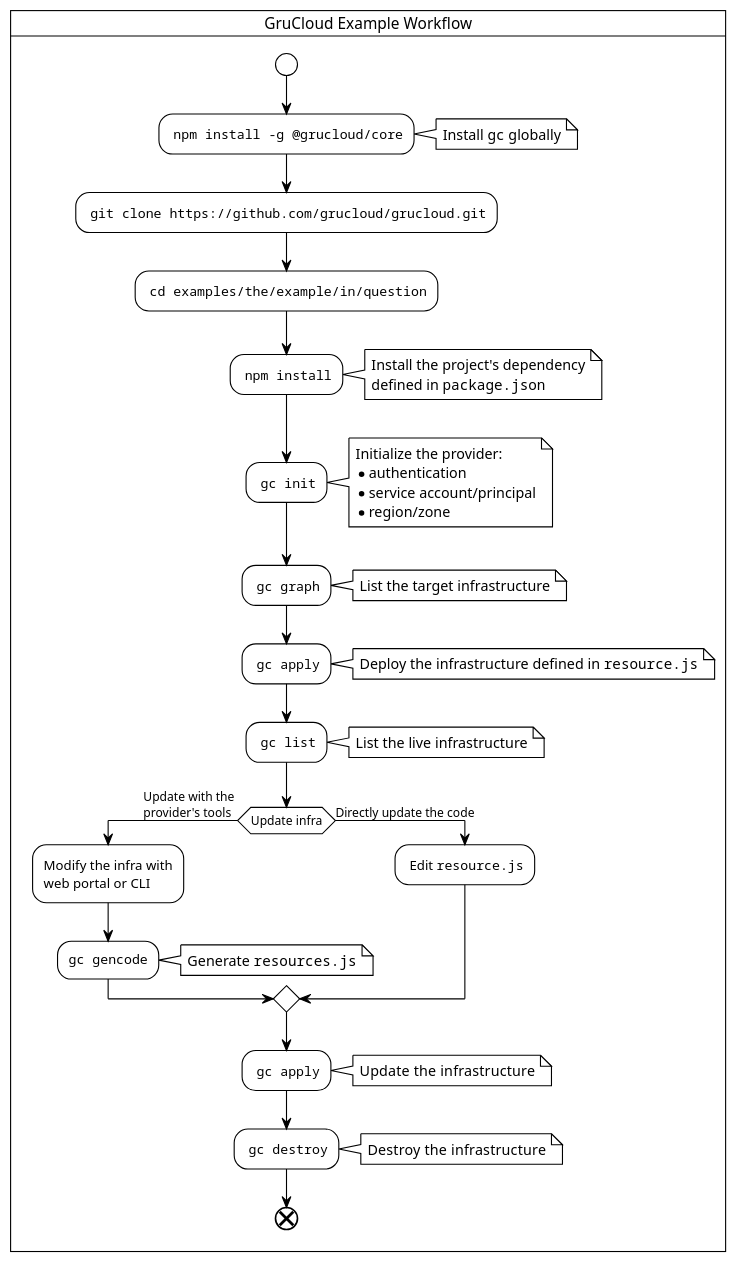
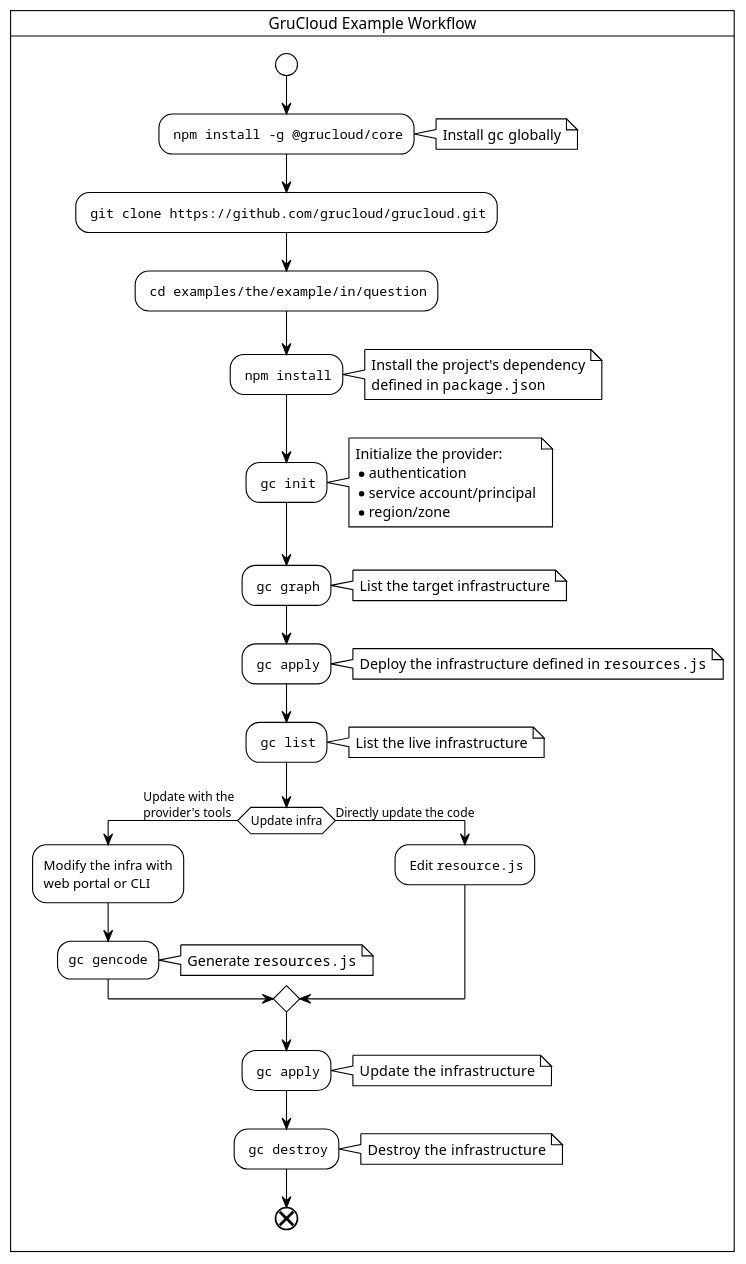
The diagram in docusaurus/plantuml/gc-example-workflow.puml (grucloud/grucloud), drawn with PlantUML before and after one commit. The commit also changed 5 other files, not shown here.

```diff
--- a/docusaurus/plantuml/gc-example-workflow.puml
+++ b/docusaurus/plantuml/gc-example-workflow.puml
@@ -1,62 +1,62 @@
 @startuml gc-example-workflow
 !theme plain
 
 skinparam svgLinkTarget _blank
 
 card "GruCloud Example Workflow" {
 start
 : ""npm install -g @grucloud/core"";
 note right
 Install ""gc"" globally
 end note 
 
 : ""git clone https://github.com/grucloud/grucloud.git"";
 : ""cd examples/the/example/in/question"";
 : ""npm install"";
 note right
 Install the project's dependency
 defined in ""package.json""
 end note 
 
 : ""gc init"";
 note right
 Initialize the provider:
 * authentication
 * service account/principal
 * region/zone
 end note 
 
 : ""gc graph"";
 note right
 List the target infrastructure
 end note 
 
 : ""gc apply"";
 note right
-Deploy the infrastructure defined in ""resource.js""
+Deploy the infrastructure defined in ""resources.js""
 end note 
 : ""gc list"";
 note right
 List the live infrastructure
 end note 
 if (Update infra) then (Update with the \nprovider's tools)
   :Modify the infra with\nweb portal or CLI;
   :""gc gencode"";
   note right
 Generate ""resources.js""
 end note 
 else (Directly update the code)
   : Edit ""resource.js"";
 endif
 : ""gc apply"";
 note right
 Update  the infrastructure
 end note 
 : ""gc destroy"";
 note right
 Destroy  the infrastructure
 end note 
 end
 
 }
 @enduml
```
